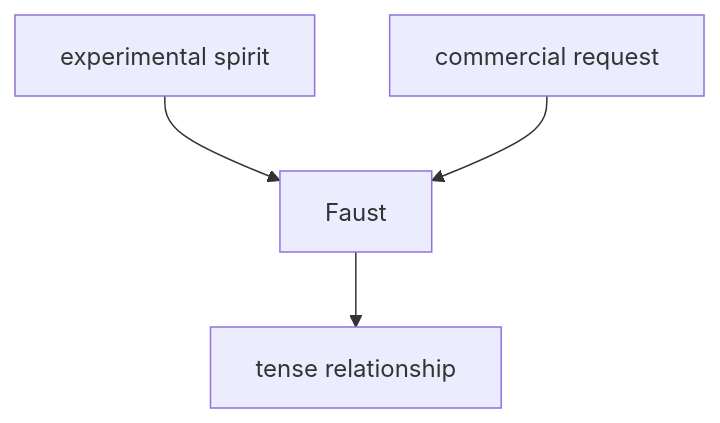
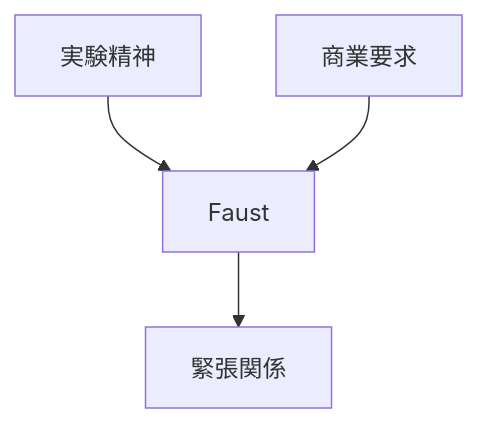
One commit to monumental-movement/monumental-movement.github.io changed the fifth of 6 diagrams in en/_posts/2026-05-24-column-faust.md. Above: the diagram before and after it, drawn with Mermaid. The commit also changed other lines of this file and 2196 other files, not shown here.

```diff
--- a/en/_posts/2026-05-24-column-faust.md
+++ b/en/_posts/2026-05-24-column-faust.md
@@ -303,6 +302,6 @@
 <div class="mermaid">
 graph TD
-A[experimental spirit] --> C[Faust]
-B[commercial request] --> C
-C --> D[tense relationship]
+A[実験精神] --> C[Faust]
+B[商業要求] --> C
+C --> D[緊張関係]
 </div>
```
